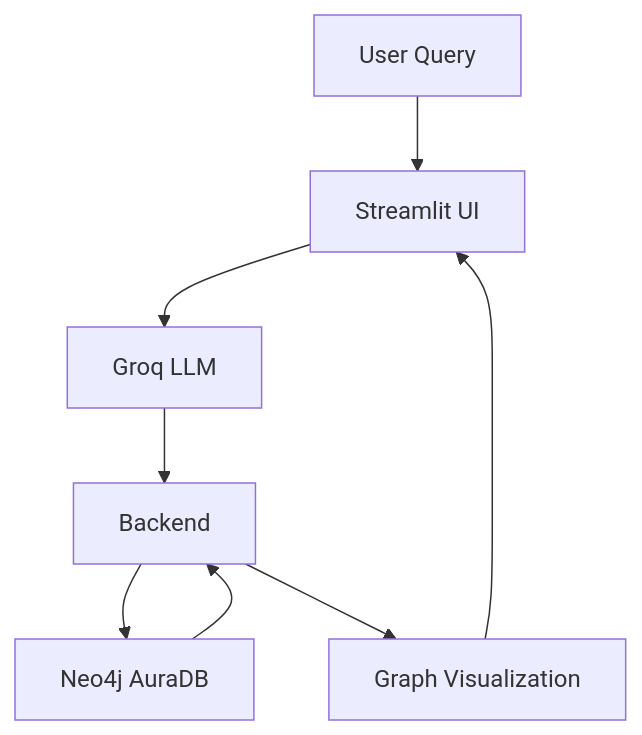
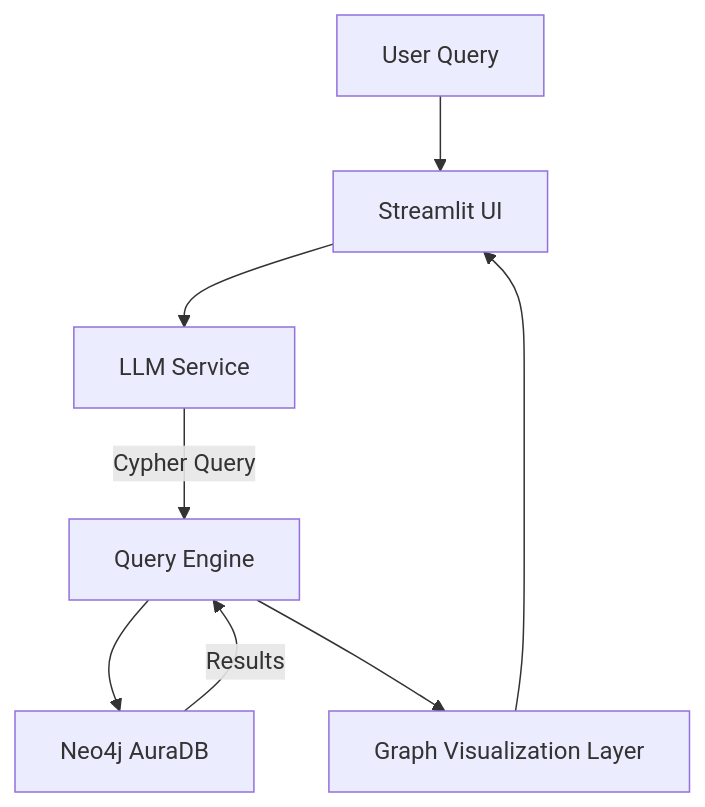
Before and after one commit to SURYAS1306/sap-o2c-graph: the diagram in README.md, drawn with Mermaid. The commit also changed other lines of this file, not shown here.

````diff
--- a/README.md
+++ b/README.md
@@ -25,15 +27,15 @@
 ```mermaid
 flowchart TD
 
 A[User Query] --> B[Streamlit UI]
 
-B --> C[Groq LLM]
-C --> D[Backend]
+B --> C[LLM Service]
+C -->|Cypher Query| D[Query Engine]
 
 D --> E[Neo4j AuraDB]
 
-E --> D
-D --> F[Graph Visualization]
+E -->|Results| D
+D --> F[Graph Visualization Layer]
 
 F --> B
 ```
````
